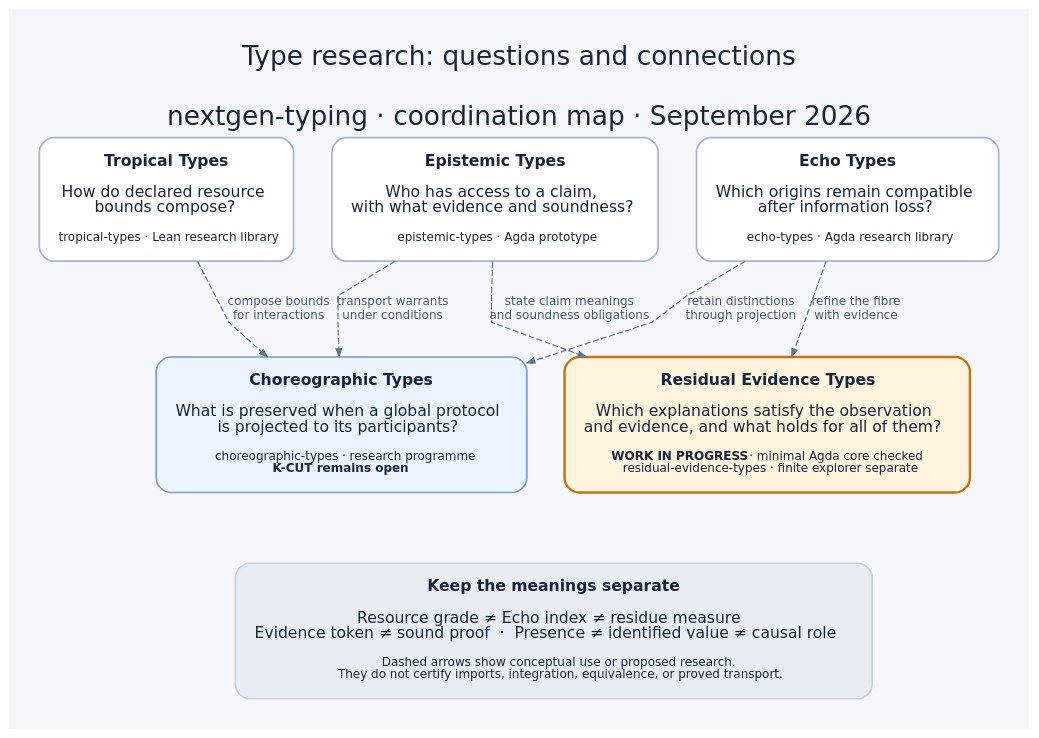
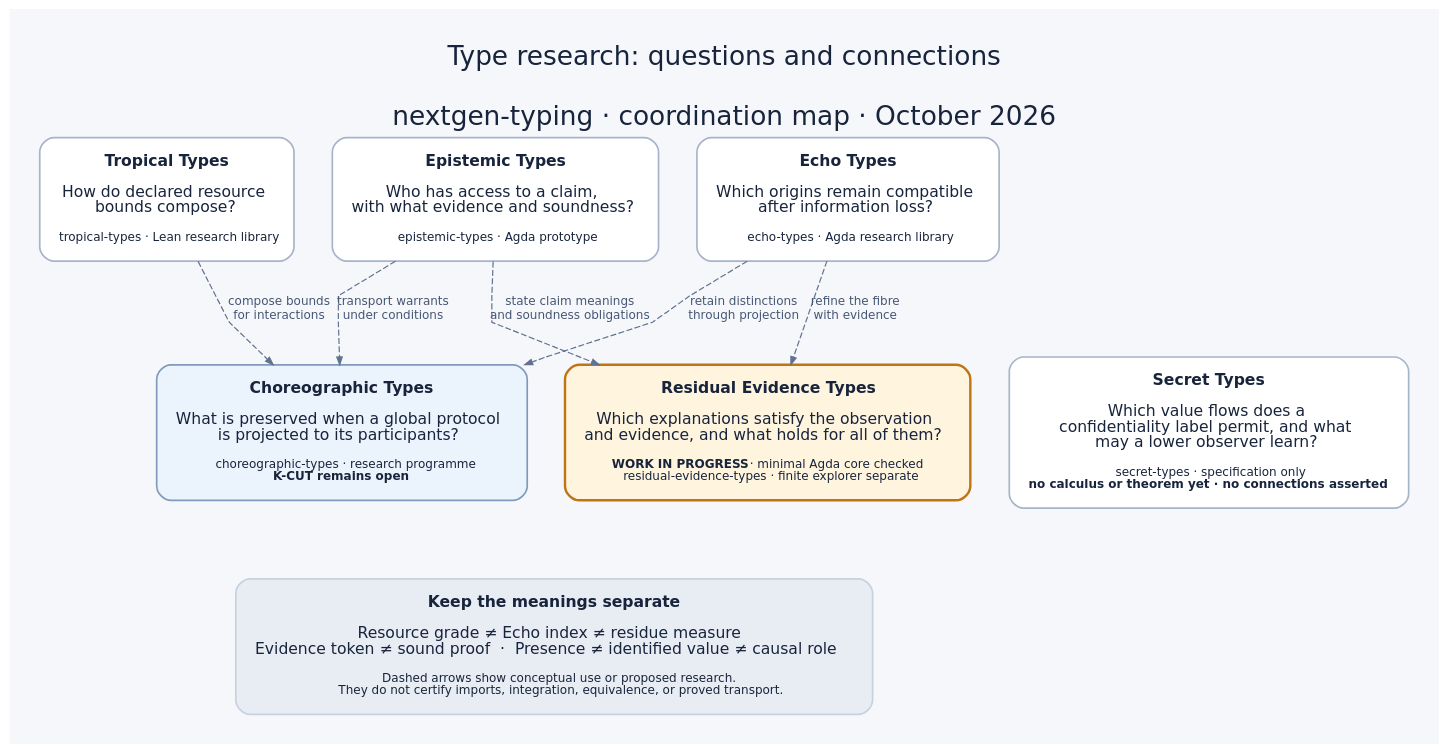
One commit to hyperpolymath/nextgen-typing changed the diagram in docs/images/type-connections.dot. Above: the diagram before and after it, drawn with Graphviz. The commit also changed 3 other files, not shown here.

First line of the commit message:
docs(type-connections): register the Secret Types family (nextgen-typing#118) (#124)

```diff
--- a/docs/images/type-connections.dot
+++ b/docs/images/type-connections.dot
@@ -1,42 +1,44 @@
 // SPDX-License-Identifier: MPL-2.0
 // SPDX-FileCopyrightText: 2026 Jonathan D.A. Jewell <j.d.a.jewell@open.ac.uk>
 digraph TypeConnections {
   graph [rankdir=TB, bgcolor="#f5f7fb", pad="0.35", nodesep="0.45", ranksep="0.8", splines=polyline,
     fontname="DejaVu Sans", fontsize=22, fontcolor="#17243b", labelloc=t,
-    label="Type research: questions and connections\n\nnextgen-typing · coordination map · September 2026",
+    label="Type research: questions and connections\n\nnextgen-typing · coordination map · October 2026",
     comment="SPDX-License-Identifier: MPL-2.0; SPDX-FileCopyrightText: 2026 Jonathan D.A. Jewell"];
   node [shape=box, style="rounded,filled", fillcolor="#ffffff", color="#a6b4c9",
     fontname="DejaVu Sans", fontsize=13, fontcolor="#17243b", margin="0.22,0.2", penwidth=1.4];
   edge [style=dashed, color="#61738e", fontcolor="#465773", fontname="DejaVu Sans", fontsize=10, arrowsize=0.65];
 
   subgraph foundations {
     rank=same;
     echo [label=<<B>Echo Types</B><BR/><BR/>Which origins remain compatible<BR/>after information loss?<BR/><BR/><FONT POINT-SIZE="10">echo-types · Agda research library</FONT>>,
       URL="https://github.com/hyperpolymath/echo-types"];
     epistemic [label=<<B>Epistemic Types</B><BR/><BR/>Who has access to a claim,<BR/>with what evidence and soundness?<BR/><BR/><FONT POINT-SIZE="10">epistemic-types · Agda prototype</FONT>>,
       URL="https://github.com/hyperpolymath/epistemic-types"];
     tropical [label=<<B>Tropical Types</B><BR/><BR/>How do declared resource<BR/>bounds compose?<BR/><BR/><FONT POINT-SIZE="10">tropical-types · Lean research library</FONT>>,
       URL="https://github.com/hyperpolymath/tropical-types"];
   }
 
   subgraph research {
     rank=same;
     residual [color="#bf7515", fillcolor="#fff4de", penwidth=2,
       label=<<B>Residual Evidence Types</B><BR/><BR/>Which explanations satisfy the observation<BR/>and evidence, and what holds for all of them?<BR/><BR/><FONT POINT-SIZE="10"><B>WORK IN PROGRESS</B> · minimal Agda core checked<BR/>residual-evidence-types · finite explorer separate</FONT>>,
       URL="https://github.com/hyperpolymath/residual-evidence-types"];
     choreographic [fillcolor="#ebf3fd", color="#7f9bbb",
       label=<<B>Choreographic Types</B><BR/><BR/>What is preserved when a global protocol<BR/>is projected to its participants?<BR/><BR/><FONT POINT-SIZE="10">choreographic-types · research programme<BR/><B>K-CUT remains open</B></FONT>>,
       URL="https://github.com/hyperpolymath/choreographic-types"];
+    secret [label=<<B>Secret Types</B><BR/><BR/>Which value flows does a<BR/>confidentiality label permit, and what<BR/>may a lower observer learn?<BR/><BR/><FONT POINT-SIZE="10">secret-types · specification only<BR/><B>no calculus or theorem yet · no connections asserted</B></FONT>>,
+      URL="https://github.com/hyperpolymath/secret-types"];
   }
 
   echo -> residual [label="refine the fibre\nwith evidence"];
   epistemic -> residual [label="state claim meanings\nand soundness obligations"];
   echo -> choreographic [label="retain distinctions\nthrough projection"];
   epistemic -> choreographic [label="transport warrants\nunder conditions"];
   tropical -> choreographic [label="compose bounds\nfor interactions"];
 
   boundaries [shape=box, color="#c7d1df", fillcolor="#e8edf4",
     label=<<B>Keep the meanings separate</B><BR/><BR/>Resource grade &#8800; Echo index &#8800; residue measure<BR/>Evidence token &#8800; sound proof &#160;&#183;&#160; Presence &#8800; identified value &#8800; causal role<BR/><BR/><FONT POINT-SIZE="10">Dashed arrows show conceptual use or proposed research.<BR/>They do not certify imports, integration, equivalence, or proved transport.</FONT>>];
   residual -> boundaries [style=invis];
   choreographic -> boundaries [style=invis];
 }
```
